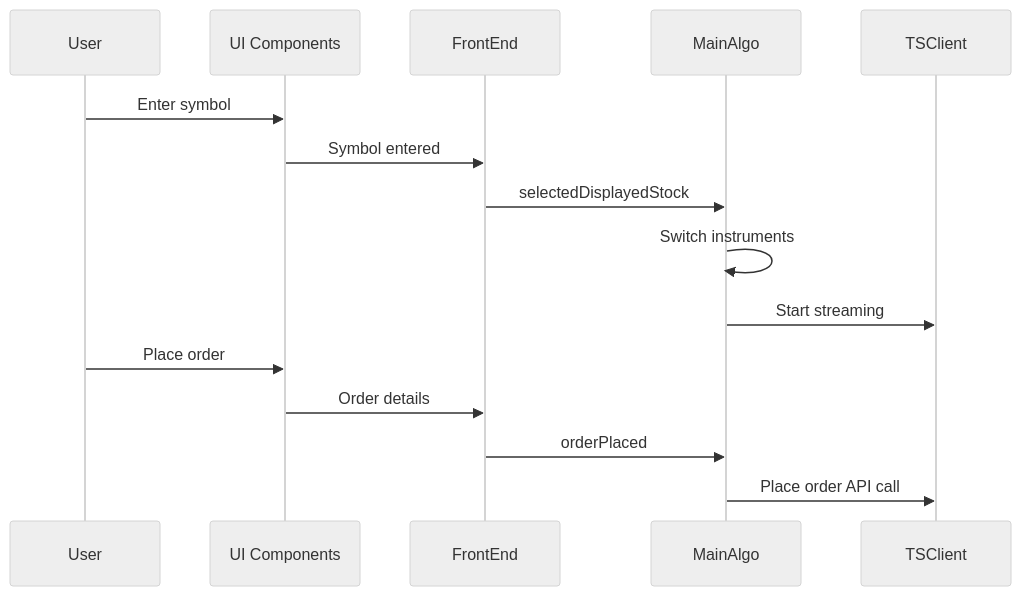
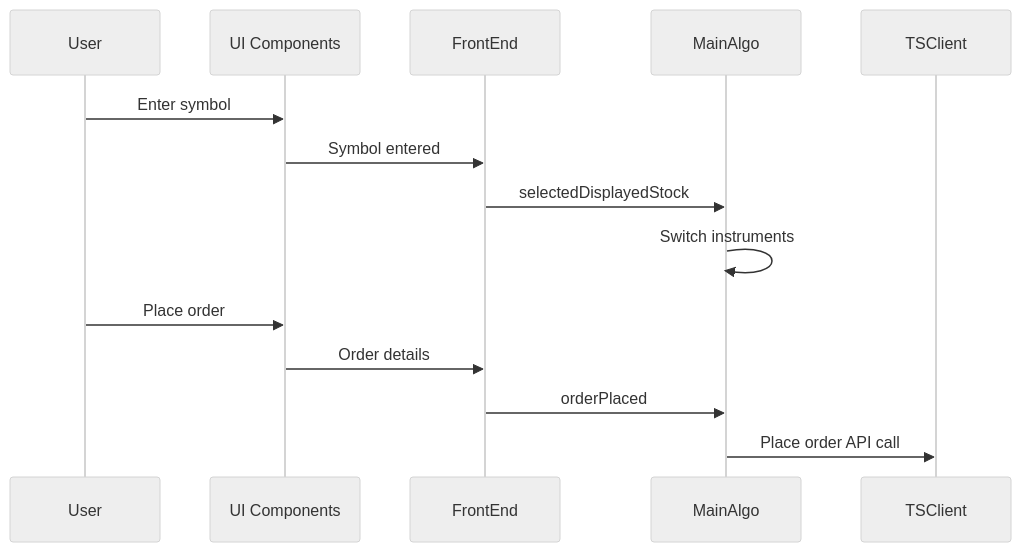
Before and after one commit to simonbeaudoin0935/OpenTraderPlatform: the second of 2 diagrams in Src/FrontEnd/AGENTS.md, drawn with Mermaid (neutral theme). The commit also changed other lines of this file and 16 other files, not shown here.

````diff
--- a/Src/FrontEnd/AGENTS.md
+++ b/Src/FrontEnd/AGENTS.md
@@ -130,19 +130,18 @@
 ```mermaid
 sequenceDiagram
     participant User
     participant UI Components
     participant FrontEnd
     participant MainAlgo
     participant TSClient
 
     User->>UI Components: Enter symbol
     UI Components->>FrontEnd: Symbol entered
     FrontEnd->>MainAlgo: selectedDisplayedStock
     MainAlgo->>MainAlgo: Switch instruments
-    MainAlgo->>TSClient: Start streaming
 
     User->>UI Components: Place order
     UI Components->>FrontEnd: Order details
     FrontEnd->>MainAlgo: orderPlaced
     MainAlgo->>TSClient: Place order API call
 ```
````
